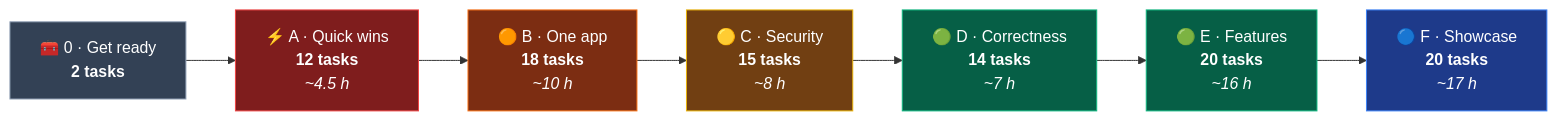
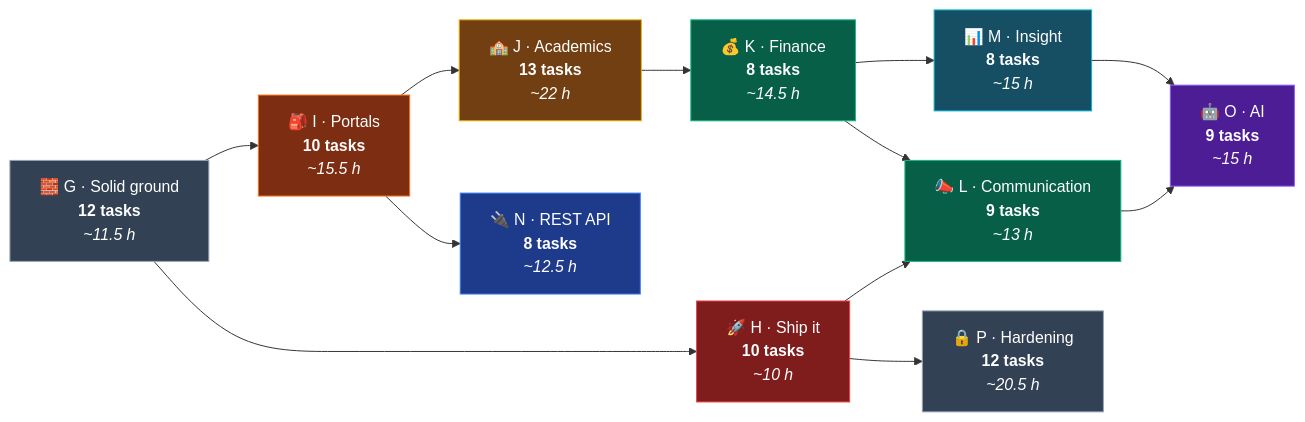
The diagram in TASKS.md (anurag-joshi-1403/StudentManagementSystem), drawn with Mermaid before and after one commit. The commit also changed other lines of this file and 110 other files, not shown here.

````diff
--- a/TASKS.md
+++ b/TASKS.md
@@ -57,20 +66,31 @@
 ```mermaid
 flowchart LR
-    S0["🧰 0 · Get ready<br/><b>2 tasks</b>"]
-    A["⚡ A · Quick wins<br/><b>12 tasks</b><br/><i>~4.5 h</i>"]
-    B["🟠 B · One app<br/><b>18 tasks</b><br/><i>~10 h</i>"]
-    C["🟡 C · Security<br/><b>15 tasks</b><br/><i>~8 h</i>"]
-    D["🟢 D · Correctness<br/><b>14 tasks</b><br/><i>~7 h</i>"]
-    E["🟢 E · Features<br/><b>20 tasks</b><br/><i>~16 h</i>"]
-    F["🔵 F · Showcase<br/><b>20 tasks</b><br/><i>~17 h</i>"]
+    G["🧱 G · Solid ground<br/><b>12 tasks</b><br/><i>~11.5 h</i>"]
+    H["🚀 H · Ship it<br/><b>10 tasks</b><br/><i>~10 h</i>"]
+    I["🎒 I · Portals<br/><b>10 tasks</b><br/><i>~15.5 h</i>"]
+    J["🏫 J · Academics<br/><b>13 tasks</b><br/><i>~22 h</i>"]
+    K["💰 K · Finance<br/><b>8 tasks</b><br/><i>~14.5 h</i>"]
+    L["📣 L · Communication<br/><b>9 tasks</b><br/><i>~13 h</i>"]
+    M["📊 M · Insight<br/><b>8 tasks</b><br/><i>~15 h</i>"]
+    N["🔌 N · REST API<br/><b>8 tasks</b><br/><i>~12.5 h</i>"]
+    O["🤖 O · AI<br/><b>9 tasks</b><br/><i>~15 h</i>"]
+    P["🔒 P · Hardening<br/><b>12 tasks</b><br/><i>~20.5 h</i>"]
 
-    S0 --> A --> B --> C --> D --> E --> F
+    G --> H
+    G --> I --> J --> K --> M --> O
+    K --> L --> O
+    H --> L
+    I --> N
+    H --> P
 
-    style S0 fill:#334155,stroke:#94a3b8,color:#fff
-    style A fill:#7f1d1d,stroke:#ef4444,color:#fff
-    style B fill:#7c2d12,stroke:#f97316,color:#fff
-    style C fill:#713f12,stroke:#eab308,color:#fff
-    style D fill:#065f46,stroke:#10b981,color:#fff
-    style E fill:#065f46,stroke:#10b981,color:#fff
-    style F fill:#1e3a8a,stroke:#3b82f6,color:#fff
+    style G fill:#334155,stroke:#94a3b8,color:#fff
+    style H fill:#7f1d1d,stroke:#ef4444,color:#fff
+    style I fill:#7c2d12,stroke:#f97316,color:#fff
+    style J fill:#713f12,stroke:#eab308,color:#fff
+    style K fill:#065f46,stroke:#10b981,color:#fff
+    style L fill:#065f46,stroke:#10b981,color:#fff
+    style M fill:#164e63,stroke:#06b6d4,color:#fff
+    style N fill:#1e3a8a,stroke:#3b82f6,color:#fff
+    style O fill:#4c1d95,stroke:#8b5cf6,color:#fff
+    style P fill:#334155,stroke:#94a3b8,color:#fff
 ```
````
